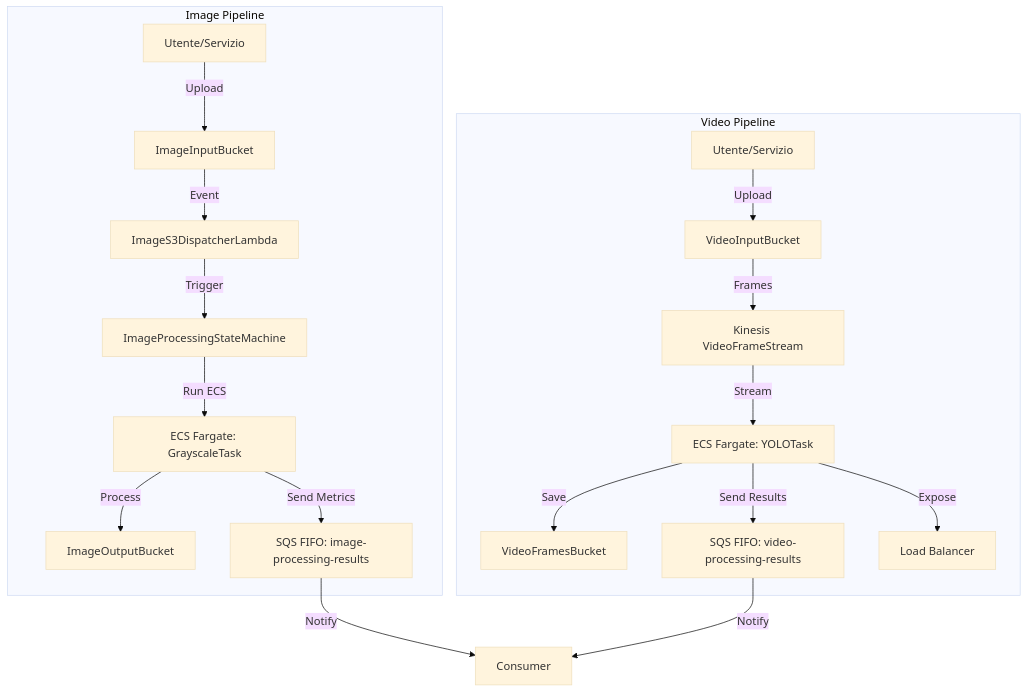
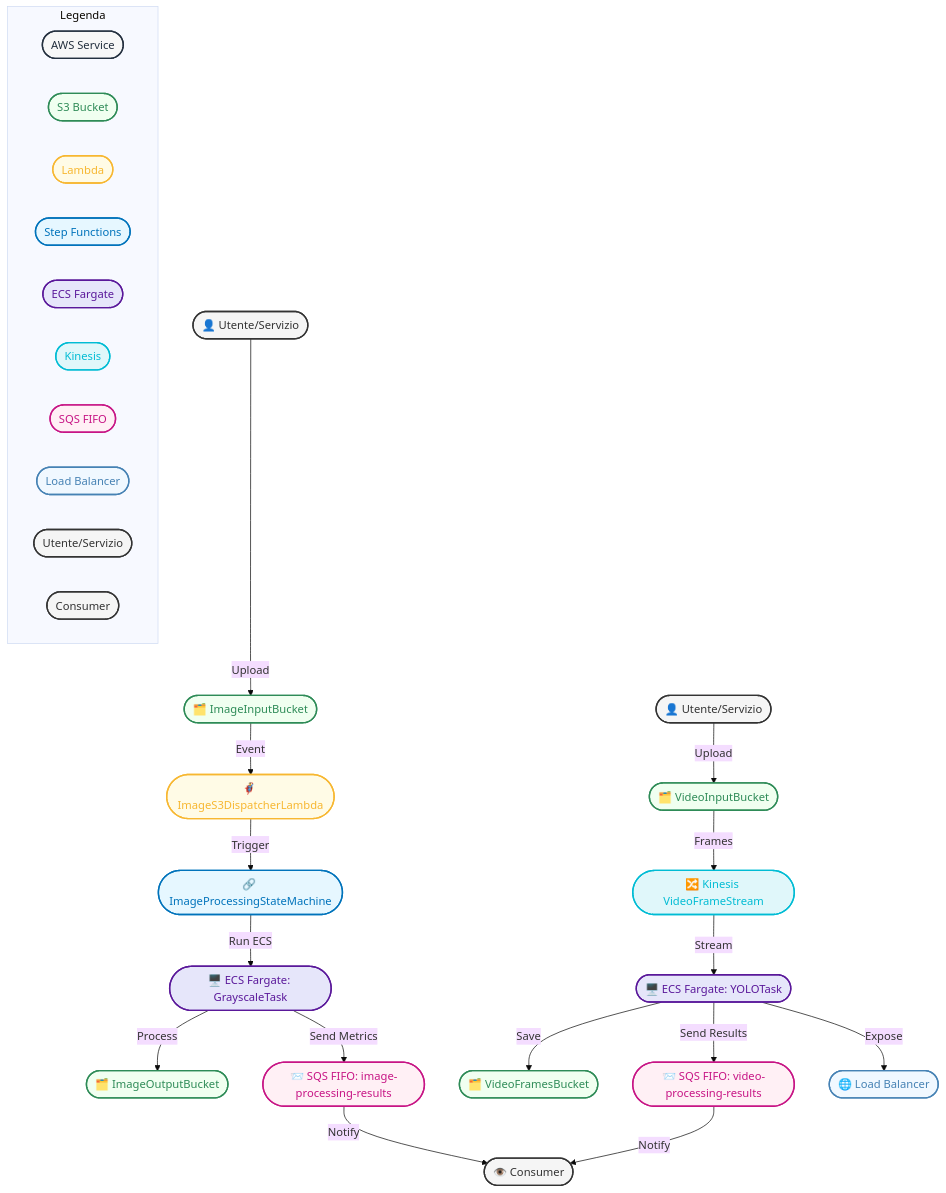
The first of 3 diagrams in hybrid_pipeline/README.md (PedemonteGiacomo/cv2kinesis), drawn with Mermaid (base theme) before and after one commit. The commit also changed 1 other file, not shown here.

Commit message:
Enhance README with detailed architecture diagrams and improve visual representation of image and video processing pipelines

````diff
--- a/hybrid_pipeline/README.md
+++ b/hybrid_pipeline/README.md
@@ -13,21 +13,65 @@
 ```mermaid
 flowchart TD
-    subgraph Image Pipeline
-        A1[Utente/Servizio] --Upload--> S3Input[ImageInputBucket]
-        S3Input --Event--> LambdaDispatcher[ImageS3DispatcherLambda]
-        LambdaDispatcher --Trigger--> StepFunc[ImageProcessingStateMachine]
-        StepFunc --Run ECS--> ECSGray[ECS Fargate: GrayscaleTask]
-        ECSGray --Process--> S3Output[ImageOutputBucket]
-        ECSGray --Send Metrics--> SQSImage[SQS FIFO: image-processing-results]
+    %% Legenda
+    classDef aws fill:#f7f7f7,stroke:#232f3e,stroke-width:2px,color:#232f3e;
+    classDef s3 fill:#f0fff0,stroke:#2e8b57,stroke-width:2px,color:#2e8b57;
+    classDef lambda fill:#fffbe6,stroke:#f7b731,stroke-width:2px,color:#f7b731;
+    classDef stepfn fill:#e6f7ff,stroke:#0073bb,stroke-width:2px,color:#0073bb;
+    classDef ecs fill:#e6e6fa,stroke:#5a189a,stroke-width:2px,color:#5a189a;
+    classDef kinesis fill:#e0f7fa,stroke:#00bcd4,stroke-width:2px,color:#00bcd4;
+    classDef sqs fill:#fff0f5,stroke:#c71585,stroke-width:2px,color:#c71585;
+    classDef lb fill:#f0f8ff,stroke:#4682b4,stroke-width:2px,color:#4682b4;
+    classDef user fill:#f5f5f5,stroke:#333,stroke-width:2px,color:#333;
+    classDef consumer fill:#f5f5f5,stroke:#333,stroke-width:2px,color:#333;
+
+    %% Image Pipeline
+    User1([👤 Utente/Servizio]):::user
+    S3Input([🗂️ ImageInputBucket]):::s3
+    LambdaDispatcher([🦸‍♂️ ImageS3DispatcherLambda]):::lambda
+    StepFunc([🔗 ImageProcessingStateMachine]):::stepfn
+    ECSGray([🖥️ ECS Fargate: GrayscaleTask]):::ecs
+    S3Output([🗂️ ImageOutputBucket]):::s3
+    SQSImage([📨 SQS FIFO: image-processing-results]):::sqs
+
+    User1 --Upload--> S3Input
+    S3Input --Event--> LambdaDispatcher
+    LambdaDispatcher --Trigger--> StepFunc
+    StepFunc --Run ECS--> ECSGray
+    ECSGray --Process--> S3Output
+    ECSGray --Send Metrics--> SQSImage
+
+    %% Video Pipeline
+    User2([👤 Utente/Servizio]):::user
+    S3VideoInput([🗂️ VideoInputBucket]):::s3
+    Kinesis([🔀 Kinesis VideoFrameStream]):::kinesis
+    ECSYolo([🖥️ ECS Fargate: YOLOTask]):::ecs
+    S3Frames([🗂️ VideoFramesBucket]):::s3
+    SQSVideo([📨 SQS FIFO: video-processing-results]):::sqs
+    LB([🌐 Load Balancer]):::lb
+
+    User2 --Upload--> S3VideoInput
+    S3VideoInput --Frames--> Kinesis
+    Kinesis --Stream--> ECSYolo
+    ECSYolo --Save--> S3Frames
+    ECSYolo --Send Results--> SQSVideo
+    ECSYolo --Expose--> LB
+
+    %% Consumer
+    Consumer([👁️ Consumer]):::consumer
+    SQSImage --Notify--> Consumer
+    SQSVideo --Notify--> Consumer
+
+    %% Legenda
+    subgraph Legenda
+        aws1([AWS Service]):::aws
+        s31([S3 Bucket]):::s3
+        lambda1([Lambda]):::lambda
+        stepfn1([Step Functions]):::stepfn
+        ecs1([ECS Fargate]):::ecs
+        kinesis1([Kinesis]):::kinesis
+        sqs1([SQS FIFO]):::sqs
+        lb1([Load Balancer]):::lb
+        user1([Utente/Servizio]):::user
+        consumer1([Consumer]):::consumer
     end
-    subgraph Video Pipeline
-        B1[Utente/Servizio] --Upload--> S3VideoInput[VideoInputBucket]
-        S3VideoInput --Frames--> Kinesis[Kinesis VideoFrameStream]
-        Kinesis --Stream--> ECSYolo[ECS Fargate: YOLOTask]
-        ECSYolo --Save--> S3Frames[VideoFramesBucket]
-        ECSYolo --Send Results--> SQSVideo[SQS FIFO: video-processing-results]
-        ECSYolo --Expose--> LB[Load Balancer]
-    end
-    SQSImage --Notify--> Consumer[Consumer]
-    SQSVideo --Notify--> Consumer
 ```
````
